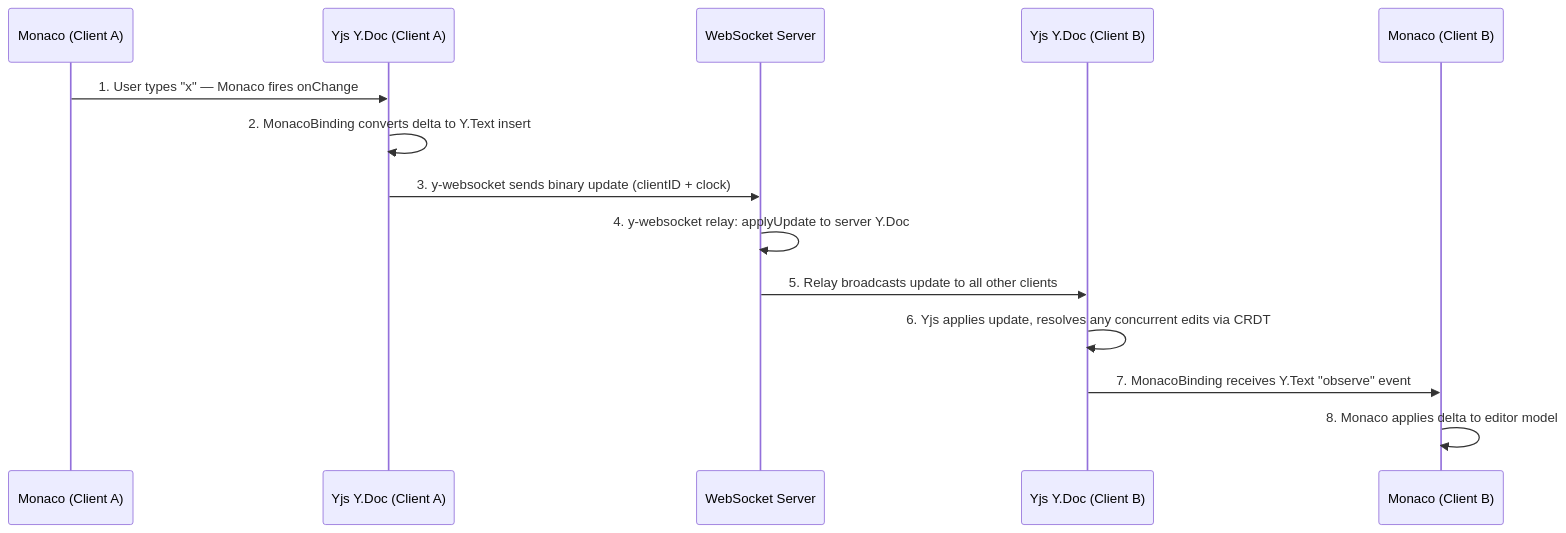
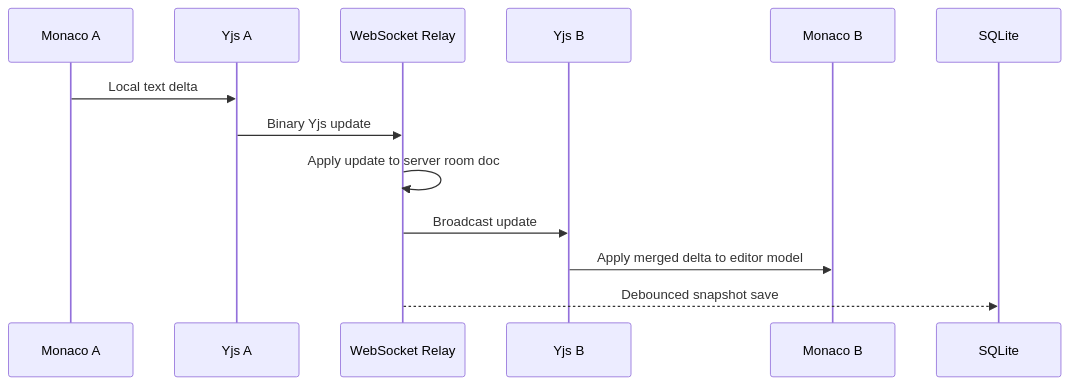
Before and after one commit to farhan-ahmed1/code-duo: the fourth of 4 diagrams in docs/architecture.md, drawn with Mermaid. The commit also changed other lines of this file and 9 other files, not shown here.

Commit message:
feat: add Architecture Decision Records and update system design documentation

````diff
--- a/docs/architecture.md
+++ b/docs/architecture.md
@@ -111,17 +167,16 @@
 ```mermaid
 sequenceDiagram
-    participant MA as Monaco (Client A)
-    participant YA as Yjs Y.Doc (Client A)
-    participant WS as WebSocket Server
-    participant YB as Yjs Y.Doc (Client B)
-    participant MB as Monaco (Client B)
+    participant AEdit as Monaco A
+    participant AY as Yjs A
+    participant WS as WebSocket Relay
+    participant BY as Yjs B
+    participant BEdit as Monaco B
+    participant DB as SQLite
 
-    MA->>YA: 1. User types "x" — Monaco fires onChange
-    YA->>YA: 2. MonacoBinding converts delta to Y.Text insert
-    YA->>WS: 3. y-websocket sends binary update (clientID + clock)
-    WS->>WS: 4. y-websocket relay: applyUpdate to server Y.Doc
-    WS->>YB: 5. Relay broadcasts update to all other clients
-    YB->>YB: 6. Yjs applies update, resolves any concurrent edits via CRDT
-    YB->>MB: 7. MonacoBinding receives Y.Text "observe" event
-    MB->>MB: 8. Monaco applies delta to editor model
+    AEdit->>AY: Local text delta
+    AY->>WS: Binary Yjs update
+    WS->>WS: Apply update to server room doc
+    WS->>BY: Broadcast update
+    BY->>BEdit: Apply merged delta to editor model
+    WS-->>DB: Debounced snapshot save
 ```
````
